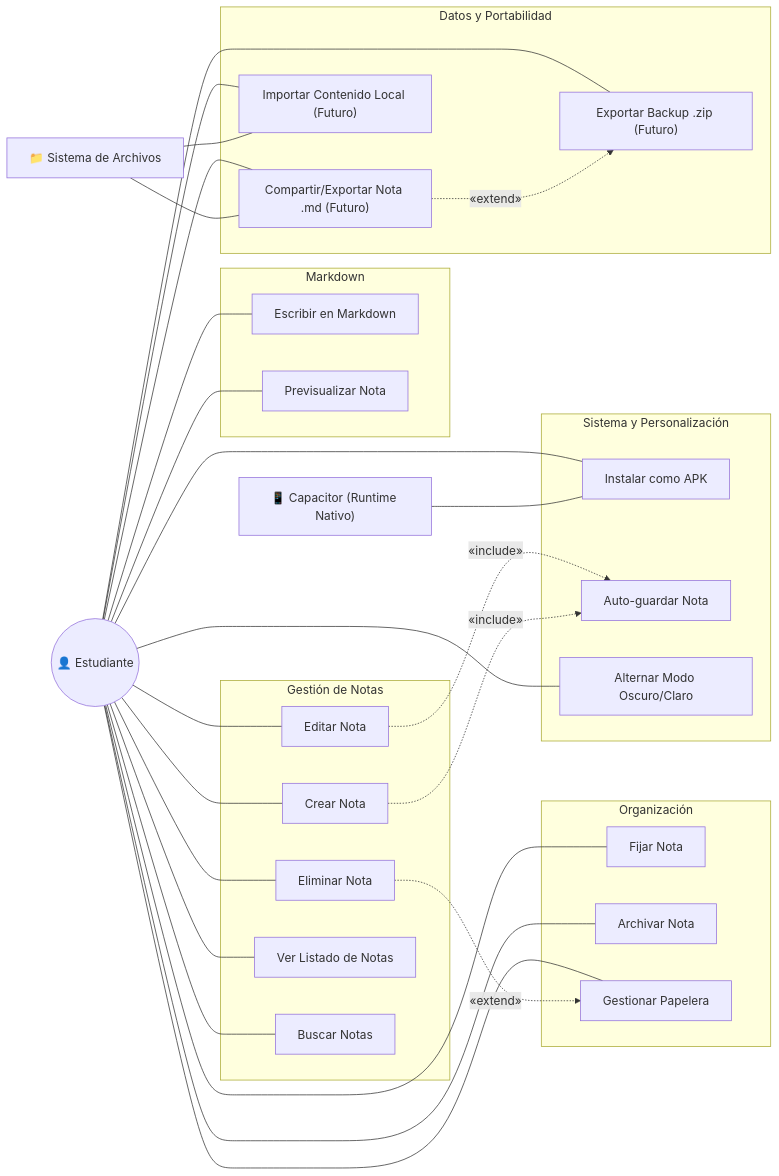
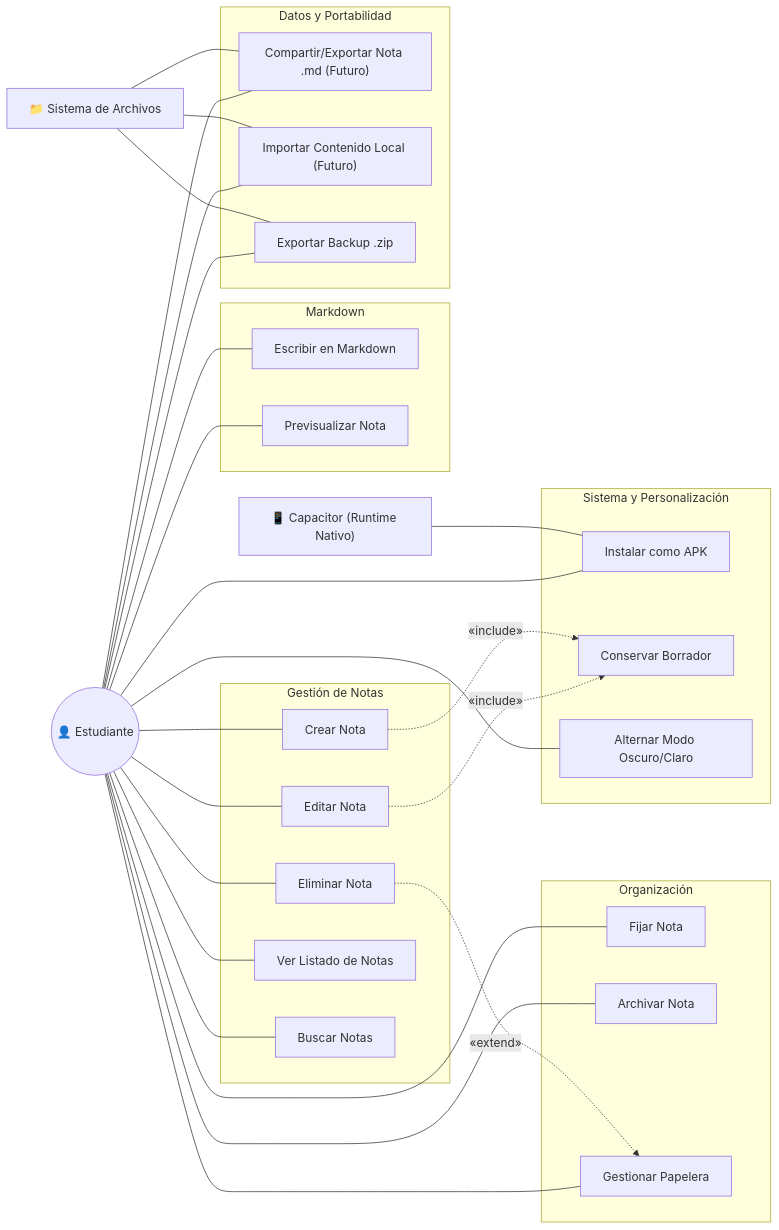
One commit to jdfesa/lumapse changed the diagram in docs/diagramas/casos-de-uso.md. Above: the diagram before and after it, drawn with Mermaid. The commit also changed other lines of this file and 2 other files, not shown here.

Commit message:
docs(diagrams): update editor draft flows

````diff
--- a/docs/diagramas/casos-de-uso.md
+++ b/docs/diagramas/casos-de-uso.md
@@ -19,73 +19,73 @@
 ```mermaid
 flowchart LR
     %% ── Actores ──
     EST(("👤 Estudiante"))
     CAP["📱 Capacitor (Runtime Nativo)"]
     FS["📁 Sistema de Archivos"]
 
     %% ── Casos de Uso: Gestión de Notas ──
     subgraph NOTAS ["Gestión de Notas"]
         UC01["Crear Nota"]
         UC02["Editar Nota"]
         UC03["Eliminar Nota"]
         UC04["Ver Listado de Notas"]
         UC05["Buscar Notas"]
     end
 
     %% ── Casos de Uso: Organización ──
     subgraph ORG ["Organización"]
         UC06["Fijar Nota"]
         UC07["Archivar Nota"]
         UC16["Gestionar Papelera"]
     end
 
     %% ── Casos de Uso: Markdown ──
     subgraph MD ["Markdown"]
         UC08["Escribir en Markdown"]
         UC09["Previsualizar Nota"]
     end
 
     %% ── Casos de Uso: Datos ──
     subgraph DATOS ["Datos y Portabilidad"]
         UC10["Compartir/Exportar Nota .md (Futuro)"]
         UC11["Importar Contenido Local (Futuro)"]
-        UC12["Exportar Backup .zip (Futuro)"]
+        UC12["Exportar Backup .zip"]
     end
 
     %% ── Casos de Uso: Sistema ──
     subgraph SIS ["Sistema y Personalización"]
         UC13["Instalar como APK"]
-        UC14["Auto-guardar Nota"]
+        UC14["Conservar Borrador"]
         UC15["Alternar Modo Oscuro/Claro"]
     end
 
     %% ── Relaciones: Estudiante ──
     EST --- UC01
     EST --- UC02
     EST --- UC03
     EST --- UC04
     EST --- UC05
     EST --- UC06
     EST --- UC07
     EST --- UC08
     EST --- UC09
     EST --- UC10
     EST --- UC11
     EST --- UC12
     EST --- UC13
     EST --- UC15
     EST --- UC16
 
     %% ── Relaciones: include ──
     UC02 -.->|"«include»"| UC14
     UC01 -.->|"«include»"| UC14
 
     %% ── Relaciones: extend ──
-    UC10 -.->|"«extend»"| UC12
     UC03 -.->|"«extend»"| UC16
 
     %% ── Relaciones: Sistema ──
     CAP --- UC13
     FS --- UC10
     FS --- UC11
+    FS --- UC12
 ```
````
